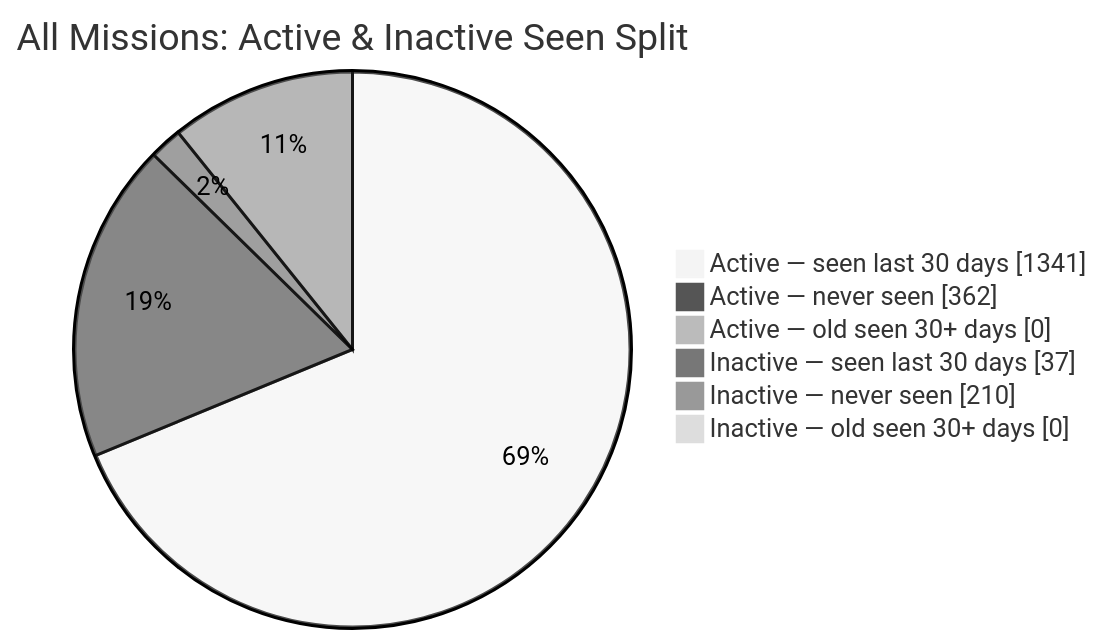
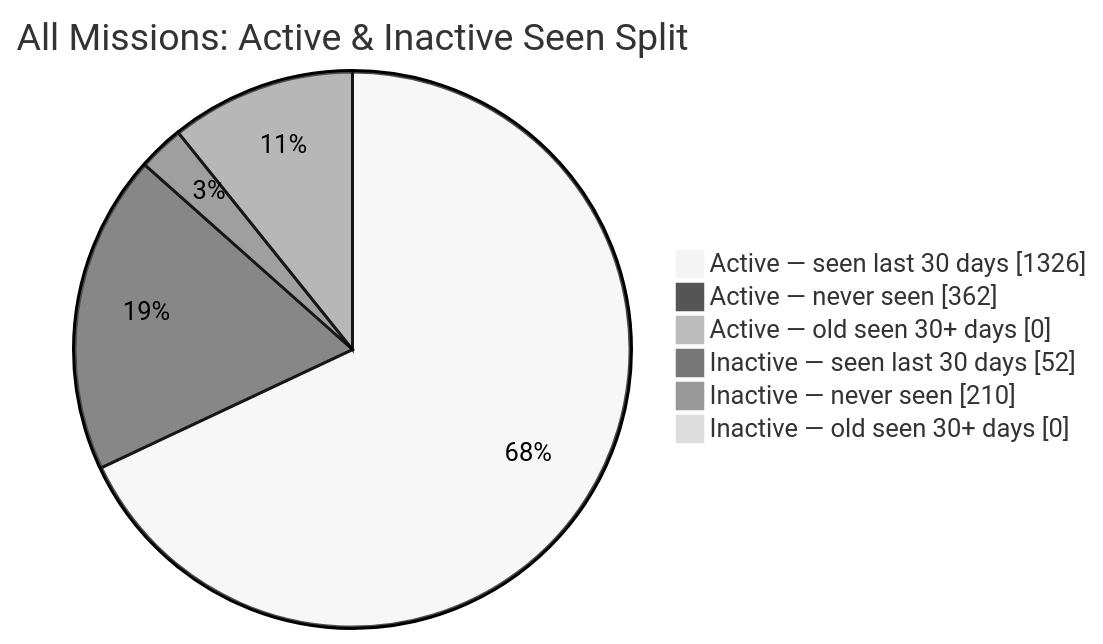
One commit to MeldkamerspelGameTeam/active-missions changed the second of 2 diagrams in README.md. Above: the diagram before and after it, drawn with Mermaid (neutral theme). The commit also changed other lines of this file and 2 other files, not shown here.

````diff
--- a/README.md
+++ b/README.md
@@ -44,10 +44,10 @@
 ```mermaid
 pie showData
     title All Missions: Active & Inactive Seen Split
-    "Active — seen last 30 days" : 1341
+    "Active — seen last 30 days" : 1326
     "Active — never seen" : 362
     "Active — old seen 30+ days" : 0
-    "Inactive — seen last 30 days" : 37
+    "Inactive — seen last 30 days" : 52
     "Inactive — never seen" : 210
     "Inactive — old seen 30+ days" : 0
 ```
````
